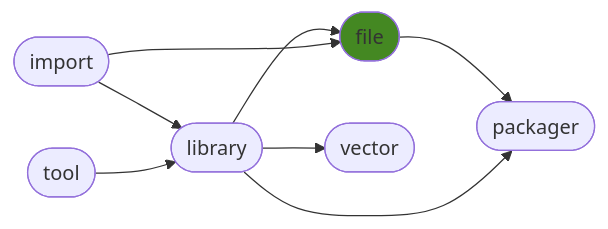
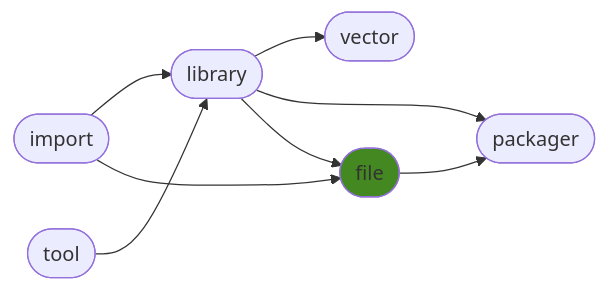
The diagram in README.md (ManderaGeneral/generalfile), drawn with Mermaid before and after one commit. The commit also changed other lines of this file, not shown here.

````diff
--- a/README.md
+++ b/README.md
@@ -24,17 +24,17 @@
 ```mermaid
 flowchart LR
+0([import]) --> 2([library])
+0([import]) --> 3([file])
 2([library]) --> 4([vector])
-0([import]) --> 2([library])
+2([library]) --> 5([packager])
+1([tool]) --> 2([library])
+3([file]) --> 5([packager])
 2([library]) --> 3([file])
-3([file]) --> 5([packager])
-1([tool]) --> 2([library])
-0([import]) --> 3([file])
-2([library]) --> 5([packager])
 click 0 "https://github.com/ManderaGeneral/generalimport"
 click 1 "https://github.com/ManderaGeneral/generaltool"
 click 2 "https://github.com/ManderaGeneral/generallibrary"
 click 3 "https://github.com/ManderaGeneral/generalfile"
 click 4 "https://github.com/ManderaGeneral/generalvector"
 click 5 "https://github.com/ManderaGeneral/generalpackager"
 style 3 fill:#482
 ```
````
